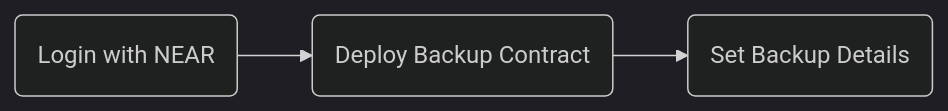
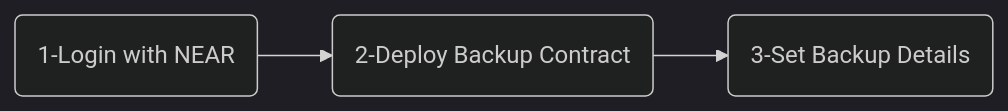
Before and after one commit to azmasamy/save-station: the first of 2 diagrams in README.md, drawn with Mermaid (dark theme). The commit also changed other lines of this file, not shown here.

````diff
--- a/README.md
+++ b/README.md
@@ -8,4 +8,4 @@
 ```mermaid
 graph LR
-A(Login with NEAR) --> B(Deploy Backup Contract) --> C(Set Backup Details)
+A(1-Login with NEAR) --> B(2-Deploy Backup Contract) --> C(3-Set Backup Details)
 ```
````
